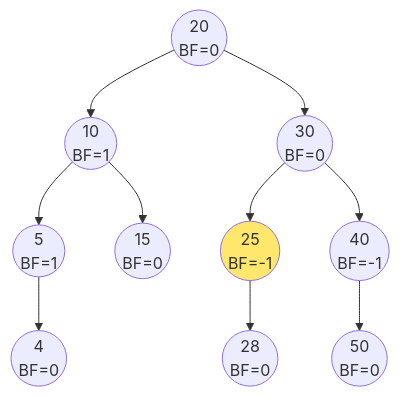
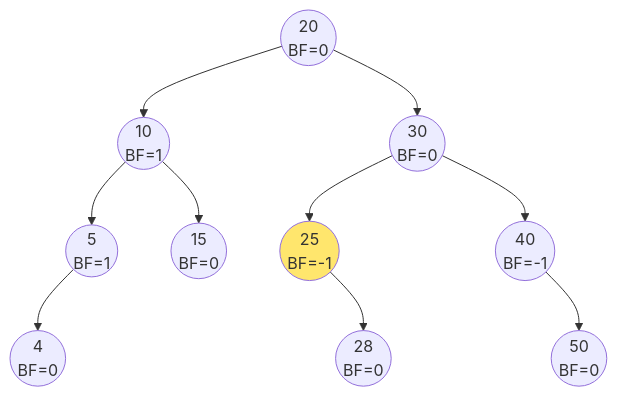
Before and after one commit to ARYAN-KUMAR-22/dsa: the ninth of 13 diagrams in tree/17_avl_trees.md, drawn with Mermaid. The commit also changed other lines of this file, not shown here.

````diff
--- a/tree/17_avl_trees.md
+++ b/tree/17_avl_trees.md
@@ -383,16 +394,25 @@
 ```mermaid
 graph TD
     20_new((20<br>BF=0)) --> 10_new((10<br>BF=1))
     20_new --> 30_new((30<br>BF=0))
+    
     10_new --> 5_new((5<br>BF=1))
     10_new --> 15_new((15<br>BF=0))
+    
     5_new --> 4_new((4<br>BF=0))
+    5_new ~~~ inv5_new[ ]
     
     30_new --> 25_new((25<br>BF=-1))
     30_new --> 40_new((40<br>BF=-1))
     
+    25_new ~~~ inv25_new[ ]
     25_new --> 28_new((28<br>BF=0))
+    
+    40_new ~~~ inv40_new[ ]
     40_new --> 50_new((50<br>BF=0))
     
+    style inv5_new fill:none,stroke:none,color:none
+    style inv25_new fill:none,stroke:none,color:none
+    style inv40_new fill:none,stroke:none,color:none
     style 25_new fill:#ffe66d
 ```
````
